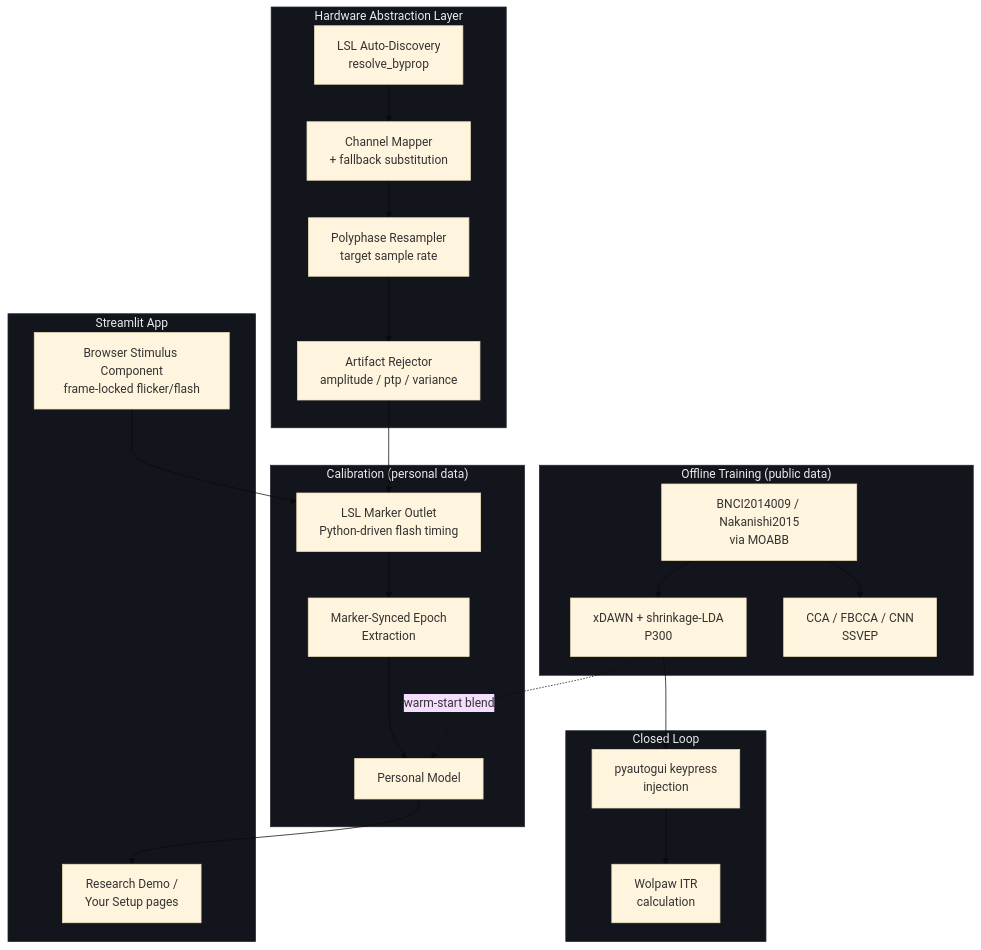
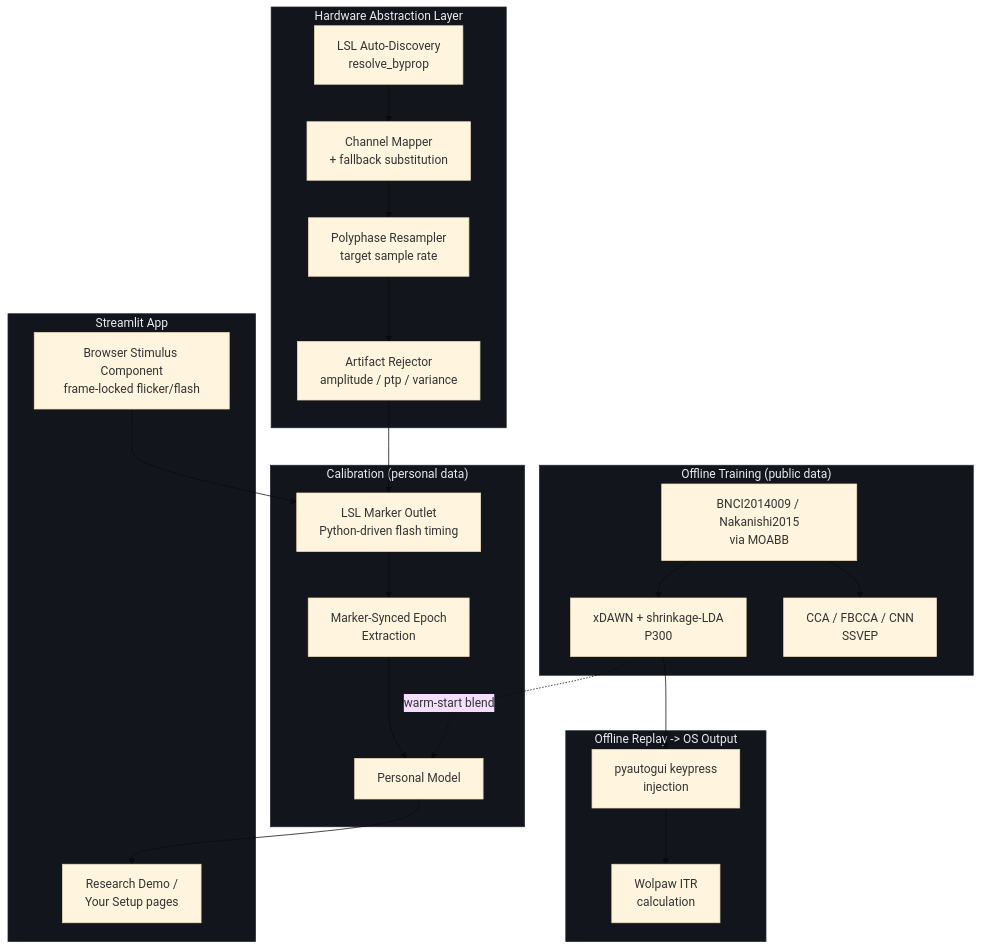
One commit to BurhanxGodhra/bci-speller changed the diagram in README.md. Above: the diagram before and after it, drawn with Mermaid (base theme). The commit also changed other lines of this file and 10 other files, not shown here.

````diff
--- a/README.md
+++ b/README.md
@@ -27,36 +29,36 @@
 ```mermaid
 graph TD
     subgraph HAL["Hardware Abstraction Layer"]
         A[LSL Auto-Discovery<br/>resolve_byprop] --> B[Channel Mapper<br/>+ fallback substitution]
         B --> C[Polyphase Resampler<br/>target sample rate]
         C --> D[Artifact Rejector<br/>amplitude / ptp / variance]
     end
 
     subgraph Offline["Offline Training (public data)"]
         E[BNCI2014009 / Nakanishi2015<br/>via MOABB] --> F[xDAWN + shrinkage-LDA<br/>P300]
         E --> G[CCA / FBCCA / CNN<br/>SSVEP]
     end
 
     subgraph Calib["Calibration (personal data)"]
         D --> H[LSL Marker Outlet<br/>Python-driven flash timing]
         H --> I[Marker-Synced Epoch<br/>Extraction]
         I --> J[Personal Model]
         F -.warm-start blend.-> J
     end
 
     subgraph App["Streamlit App"]
         K[Browser Stimulus Component<br/>frame-locked flicker/flash] --> H
         J --> L[Research Demo /<br/>Your Setup pages]
     end
 
-    subgraph Output["Closed Loop"]
+    subgraph Output["Offline Replay -> OS Output"]
         F --> M[pyautogui keypress<br/>injection]
         M --> N[Wolpaw ITR<br/>calculation]
     end
 
     style HAL fill:#12151C,stroke:#1F232D,color:#E9EBF0
     style Offline fill:#12151C,stroke:#1F232D,color:#E9EBF0
     style Calib fill:#12151C,stroke:#1F232D,color:#E9EBF0
     style App fill:#12151C,stroke:#1F232D,color:#E9EBF0
     style Output fill:#12151C,stroke:#1F232D,color:#E9EBF0
 ```
````
